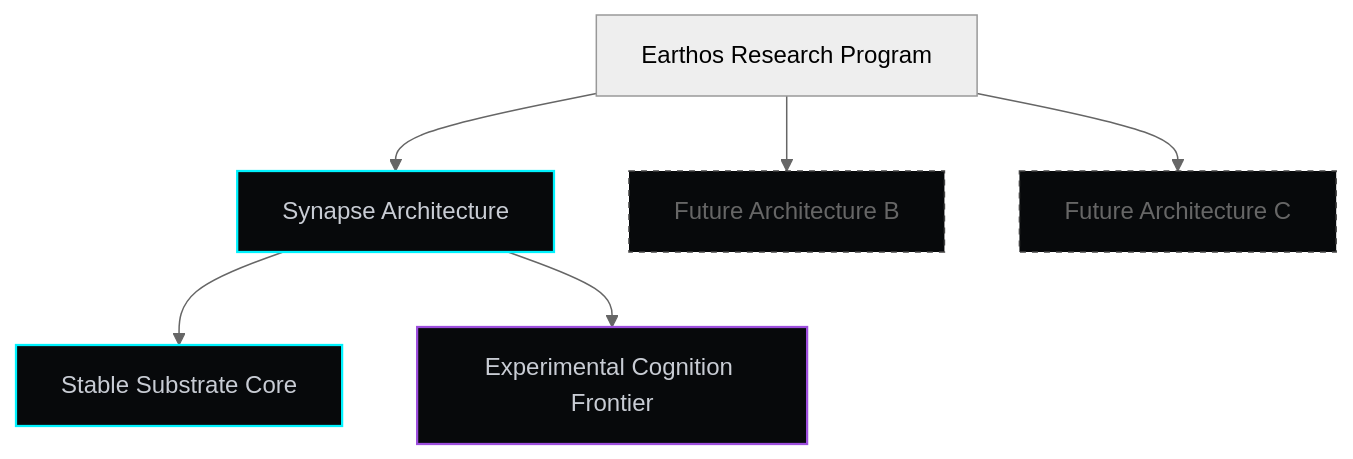
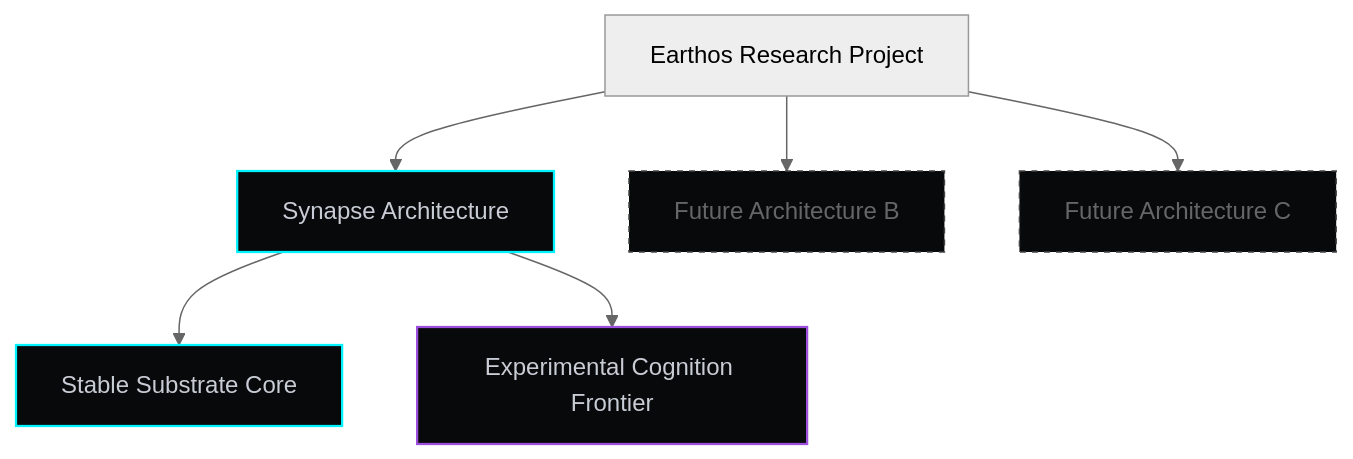
One commit to rk-roshan-kr/Earthos-public changed the diagram in docs/manifesto.md. Above: the diagram before and after it, drawn with Mermaid (neutral theme). The commit also changed other lines of this file and 5 other files, not shown here.

Commit message:
docs: finalize program to project transition, and force side-by-side paradigm contrast diagram alignment

````diff
--- a/docs/manifesto.md
+++ b/docs/manifesto.md
@@ -25,13 +25,13 @@
 ```mermaid
 graph TD
     classDef active fill:#07090b,stroke:#00f2fe,stroke-width:1.5px,color:#c8ccd4;
     classDef frontier fill:#07090b,stroke:#9d4edd,stroke-width:1.5px,color:#c8ccd4;
     classDef future fill:#07090b,stroke:#444,stroke-width:1px,color:#666,stroke-dasharray: 4 4;
 
-    Earthos[Earthos Research Program] --> Synapse[Synapse Architecture]:::active
+    Earthos[Earthos Research Project] --> Synapse[Synapse Architecture]:::active
     Earthos --> AltB[Future Architecture B]:::future
     Earthos --> AltC[Future Architecture C]:::future
 
     Synapse --> Core[Stable Substrate Core]:::active
     Synapse --> Frontier[Experimental Cognition Frontier]:::frontier
 ```
````
